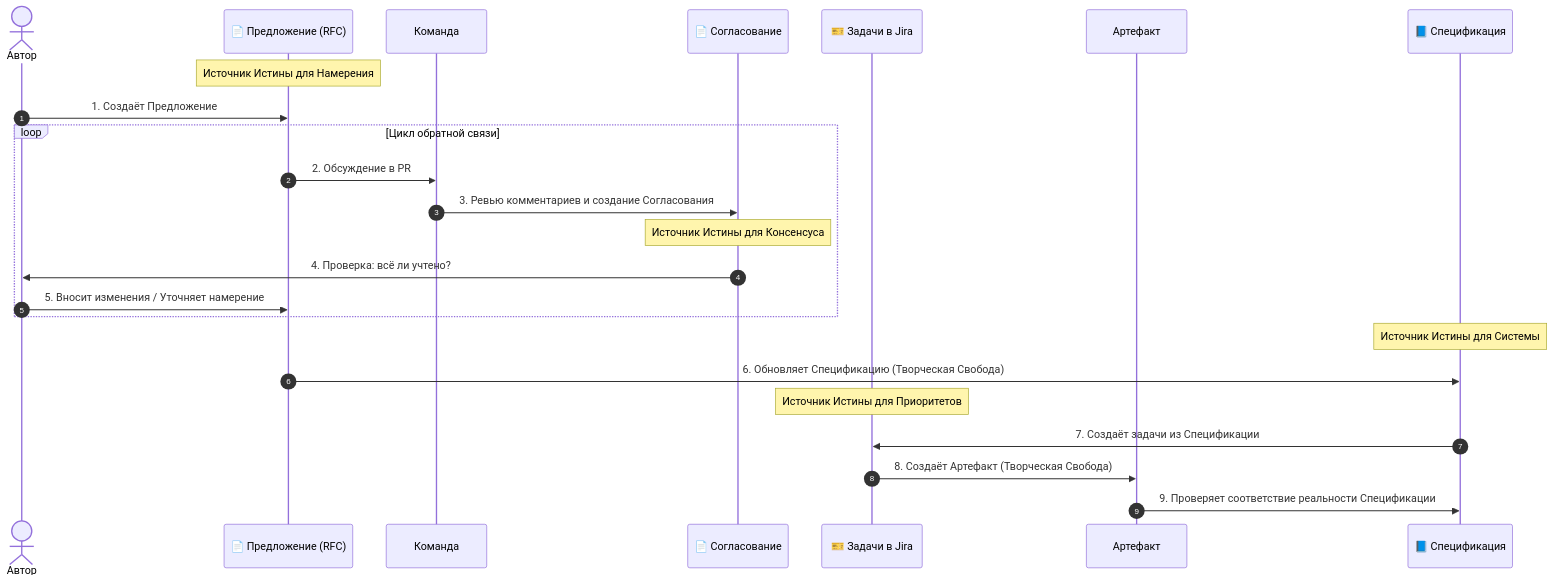
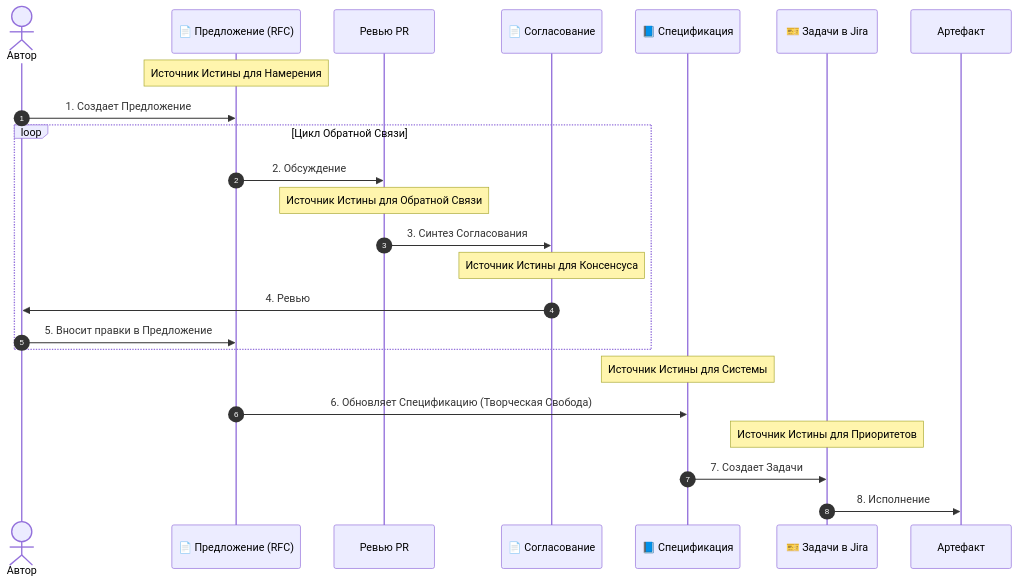
The diagram in translations/ru/company/02_process.md (idealic-ai/docs), drawn with Mermaid before and after one commit. The commit also changed other lines of this file and 16 other files, not shown here.

````diff
--- a/translations/ru/company/02_process.md
+++ b/translations/ru/company/02_process.md
@@ -64,31 +64,30 @@
 ```mermaid
 sequenceDiagram
     autonumber
     actor Автор
     participant Предложение as 📄 Предложение (RFC)
-    participant Команда
+    participant PR as Ревью PR
     participant Согласование as 📄 Согласование
+    participant Спецификация as 📘 Спецификация
     participant Jira as 🎫 Задачи в Jira
     participant Артефакт as Артефакт
-    participant Спецификация as 📘 Спецификация
 
     Note over Предложение: Источник Истины для Намерения
-    Автор->>Предложение: 1. Создаёт Предложение
+    Автор->>Предложение: 1. Создает Предложение
 
-    loop Цикл обратной связи
-        Предложение->>Команда: 2. Обсуждение в PR
-        Команда->>Согласование: 3. Ревью комментариев и создание Согласования
-
+    loop Цикл Обратной Связи
+        Предложение->>PR: 2. Обсуждение
+        Note over PR: Источник Истины для Обратной Связи
+        PR->>Согласование: 3. Синтез Согласования
         Note over Согласование: Источник Истины для Консенсуса
-        Согласование->>Автор: 4. Проверка: всё ли учтено?
-        Автор->>Предложение: 5. Вносит изменения / Уточняет намерение
+        Согласование->>Автор: 4. Ревью
+        Автор->>Предложение: 5. Вносит правки в Предложение
     end
 
     Note over Спецификация: Источник Истины для Системы
     Предложение->>Спецификация: 6. Обновляет Спецификацию (Творческая Свобода)
 
     Note over Jira: Источник Истины для Приоритетов
-    Спецификация->>Jira: 7. Создаёт задачи из Спецификации
-    Jira->>Артефакт: 8. Создаёт Артефакт (Творческая Свобода)
-    Артефакт->>Спецификация: 9. Проверяет соответствие реальности Спецификации
+    Спецификация->>Jira: 7. Создает Задачи
+    Jira->>Артефакт: 8. Исполнение
 ```
````
